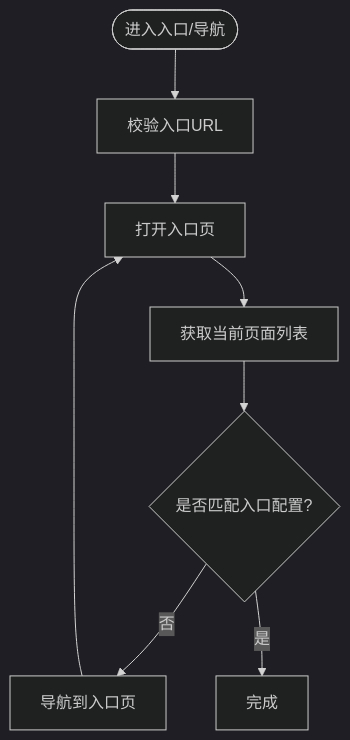
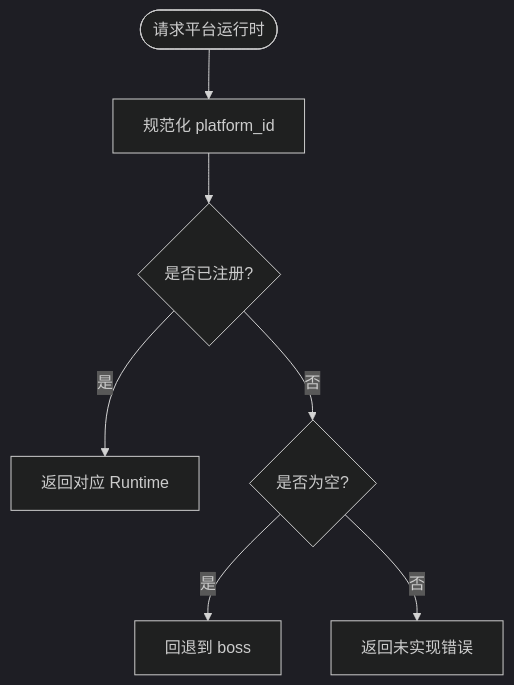
The third of 9 diagrams in .qoder/repowiki/zh/content/本地执行器/平台适配器/前程无忧适配器/前程无忧适配器.md (alvinwangzi/goodhr), drawn with Mermaid (dark theme) before and after one commit. The commit also changed other lines of this file and 149 other files, not shown here.

````diff
--- a/.qoder/repowiki/zh/content/本地执行器/平台适配器/前程无忧适配器/前程无忧适配器.md
+++ b/.qoder/repowiki/zh/content/本地执行器/平台适配器/前程无忧适配器/前程无忧适配器.md
@@ -158,10 +128,9 @@
 ```mermaid
 flowchart TD
-Start(["进入入口/导航"]) --> CheckURL["校验入口URL"]
-CheckURL --> OpenPage["打开入口页"]
-OpenPage --> ListPages["获取当前页面列表"]
-ListPages --> Match{"是否匹配入口配置?"}
-Match -- 否 --> Navigate["导航到入口页"]
-Match -- 是 --> Done["完成"]
-Navigate --> OpenPage
+Start(["请求平台运行时"]) --> Normalize["规范化 platform_id"]
+Normalize --> Lookup{"是否已注册?"}
+Lookup --> |是| ReturnRT["返回对应 Runtime"]
+Lookup --> |否| DefaultCheck{"是否为空?"}
+DefaultCheck --> |是| UseBoss["回退到 boss"]
+DefaultCheck --> |否| Error["返回未实现错误"]
 ```
````
